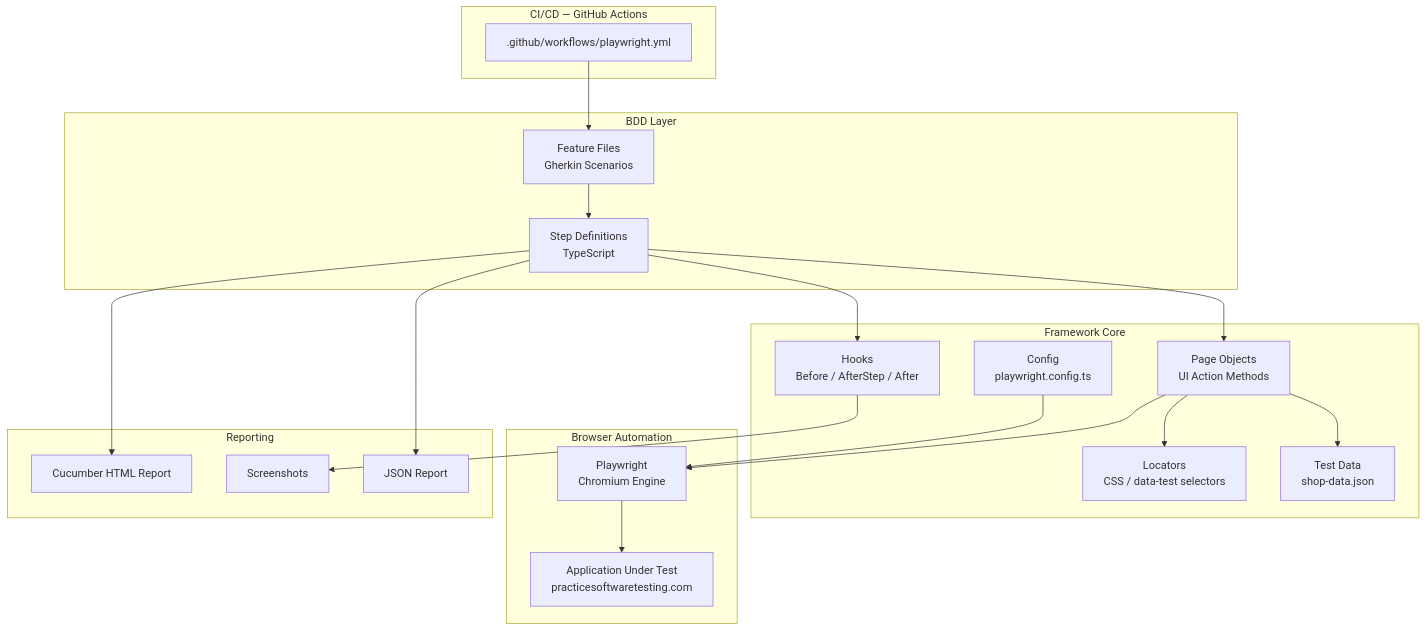
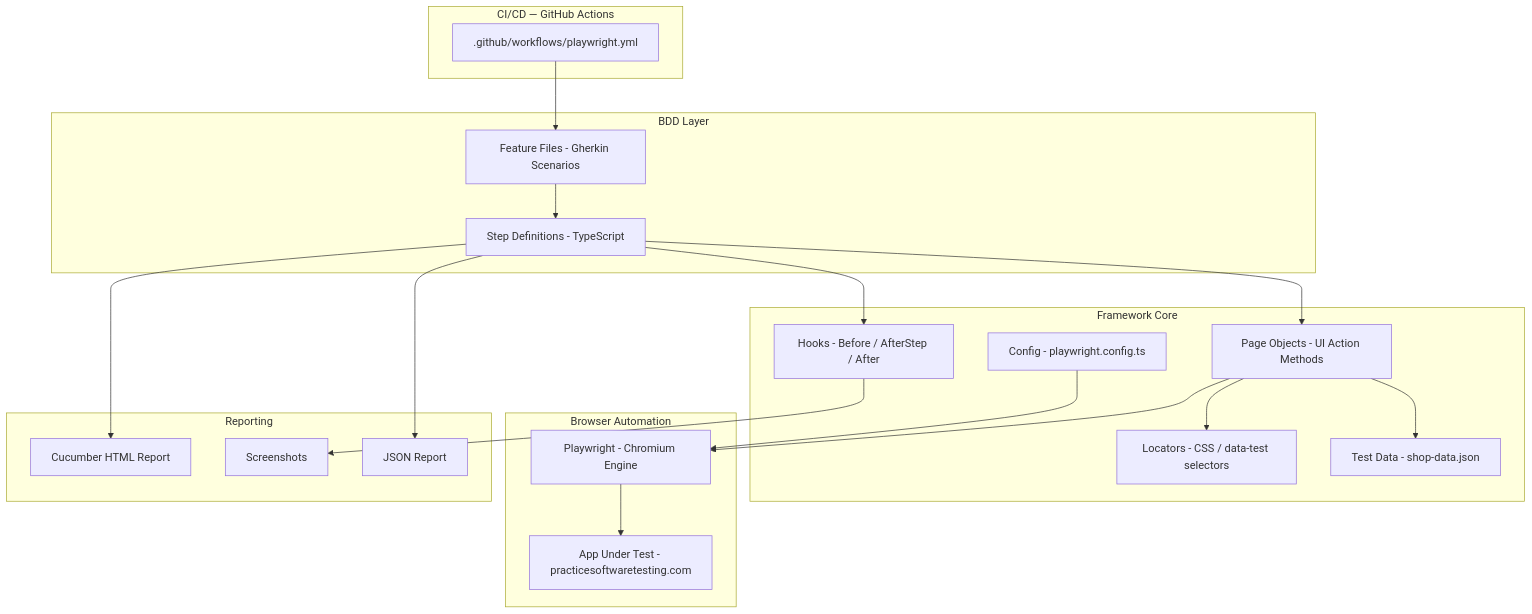
One commit to ron457/Cucumber-Test-Ophelia changed the second of 15 diagrams in rchitecture.md. Above: the diagram before and after it, drawn with Mermaid. The commit also changed other lines of this file, not shown here.

````diff
--- a/rchitecture.md
+++ b/rchitecture.md
@@ -37,43 +37,43 @@
 ```mermaid
 flowchart TD
     subgraph CI ["CI/CD — GitHub Actions"]
-        GH[.github/workflows/playwright.yml]
+        GH[".github/workflows/playwright.yml"]
     end
 
     subgraph BDD ["BDD Layer"]
-        FF[Feature Files\nGherkin Scenarios]
-        SD[Step Definitions\nTypeScript]
+        FF["Feature Files - Gherkin Scenarios"]
+        SD["Step Definitions - TypeScript"]
     end
 
-    subgraph Framework ["Framework Core"]
-        PO[Page Objects\nUI Action Methods]
-        LO[Locators\nCSS / data-test selectors]
-        TD[Test Data\nshop-data.json]
-        HK[Hooks\nBefore / AfterStep / After]
-        CFG[Config\nplaywright.config.ts]
+    subgraph Core ["Framework Core"]
+        PO["Page Objects - UI Action Methods"]
+        LO["Locators - CSS / data-test selectors"]
+        TD["Test Data - shop-data.json"]
+        HK["Hooks - Before / AfterStep / After"]
+        CFG["Config - playwright.config.ts"]
     end
 
     subgraph Browser ["Browser Automation"]
-        PW[Playwright\nChromium Engine]
-        AUT[Application Under Test\npracticesoftwaretesting.com]
+        PW["Playwright - Chromium Engine"]
+        AUT["App Under Test - practicesoftwaretesting.com"]
     end
 
     subgraph Reporting ["Reporting"]
-        RPT[Cucumber HTML Report]
-        SS[Screenshots]
-        JSON[JSON Report]
+        RPT["Cucumber HTML Report"]
+        SS["Screenshots"]
+        JSON["JSON Report"]
     end
 
     GH --> FF
     FF --> SD
     SD --> HK
     SD --> PO
     PO --> LO
     PO --> TD
     HK --> SS
     CFG --> PW
     PO --> PW
     PW --> AUT
     SD --> RPT
     SD --> JSON
 ```
````
